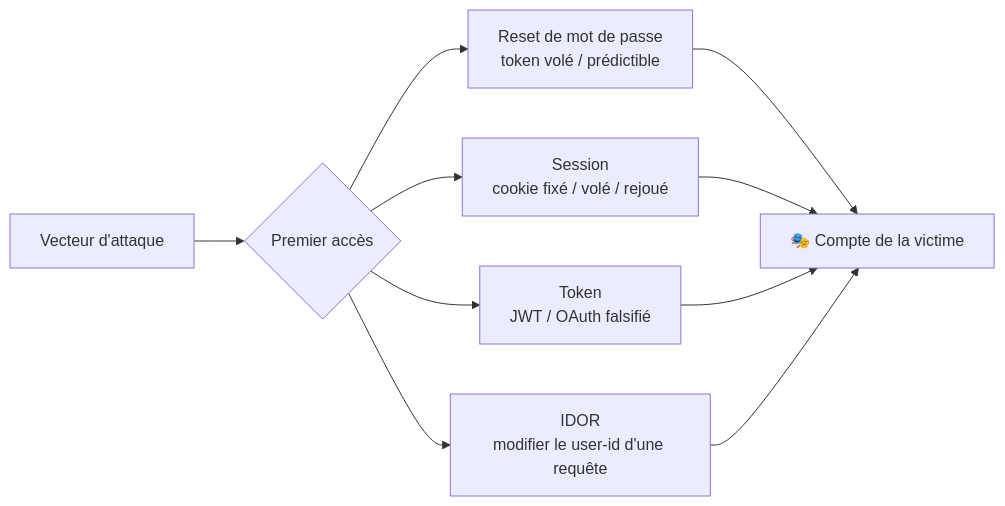
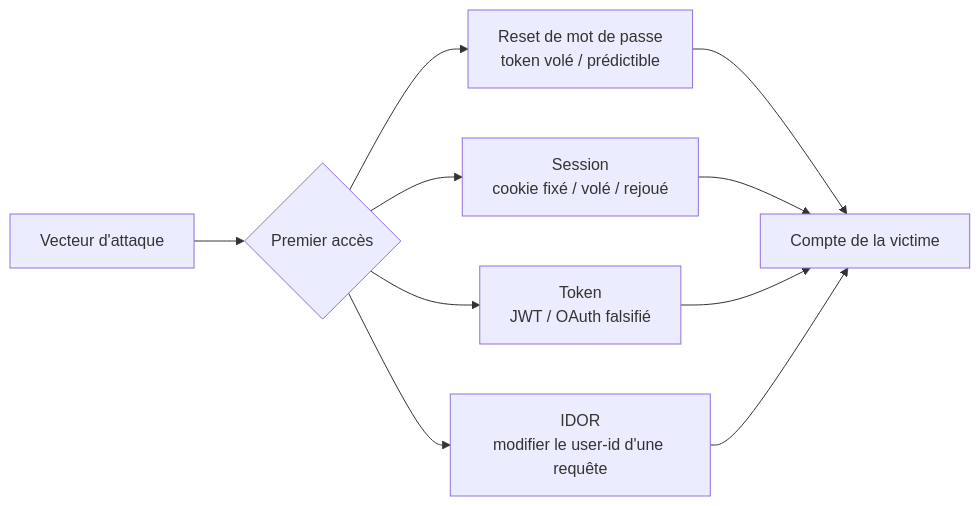
The diagram in public/offsidian/vault/Cybersécurité Offensive/Techniques/Account Takeover.md (F0X-hack/foxhack.fr), drawn with Mermaid before and after one commit. The commit also changed other lines of this file and 369 other files, not shown here.

````diff
--- a/public/offsidian/vault/Cybersécurité Offensive/Techniques/Account Takeover.md
+++ b/public/offsidian/vault/Cybersécurité Offensive/Techniques/Account Takeover.md
@@ -28,12 +28,12 @@
 ```mermaid
 flowchart LR
     A[Vecteur d'attaque] --> B{Premier accès}
     B --> C[Reset de mot de passe<br>token volé / prédictible]
     B --> D[Session<br>cookie fixé / volé / rejoué]
     B --> E[Token<br>JWT / OAuth falsifié]
     B --> F[IDOR<br>modifier le user-id d'une requête]
-    C --> G[🎭 Compte de la victime]
+    C --> G[Compte de la victime]
     D --> G
     E --> G
     F --> G
 ```
````
